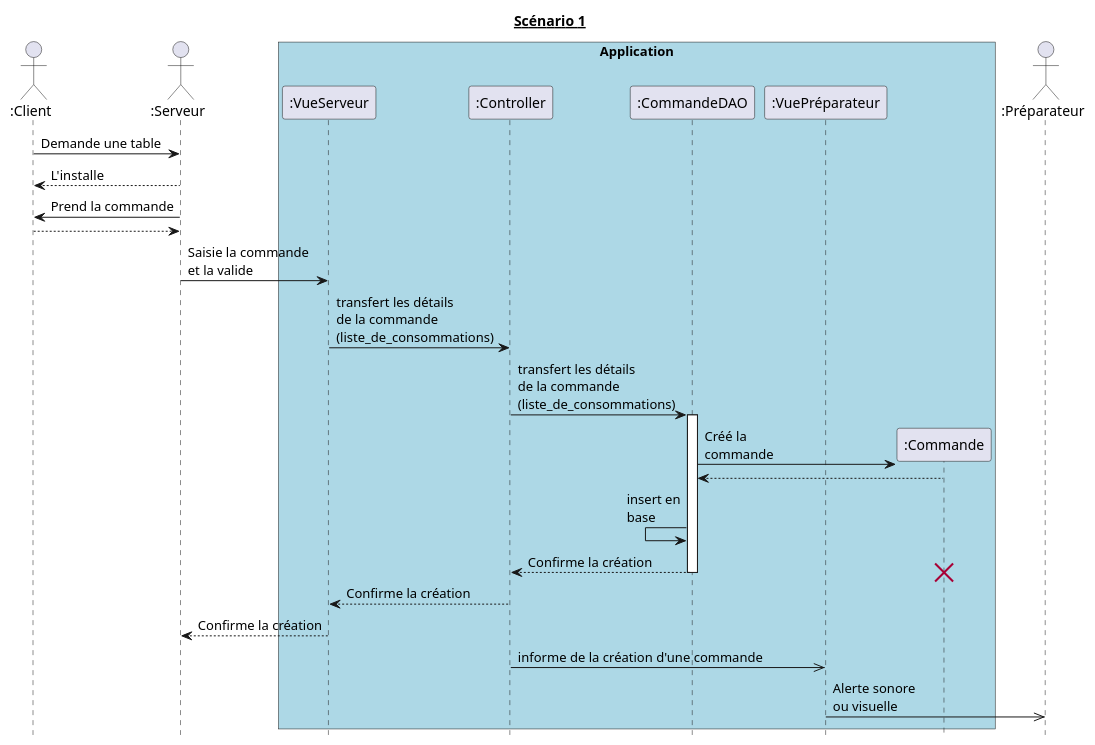
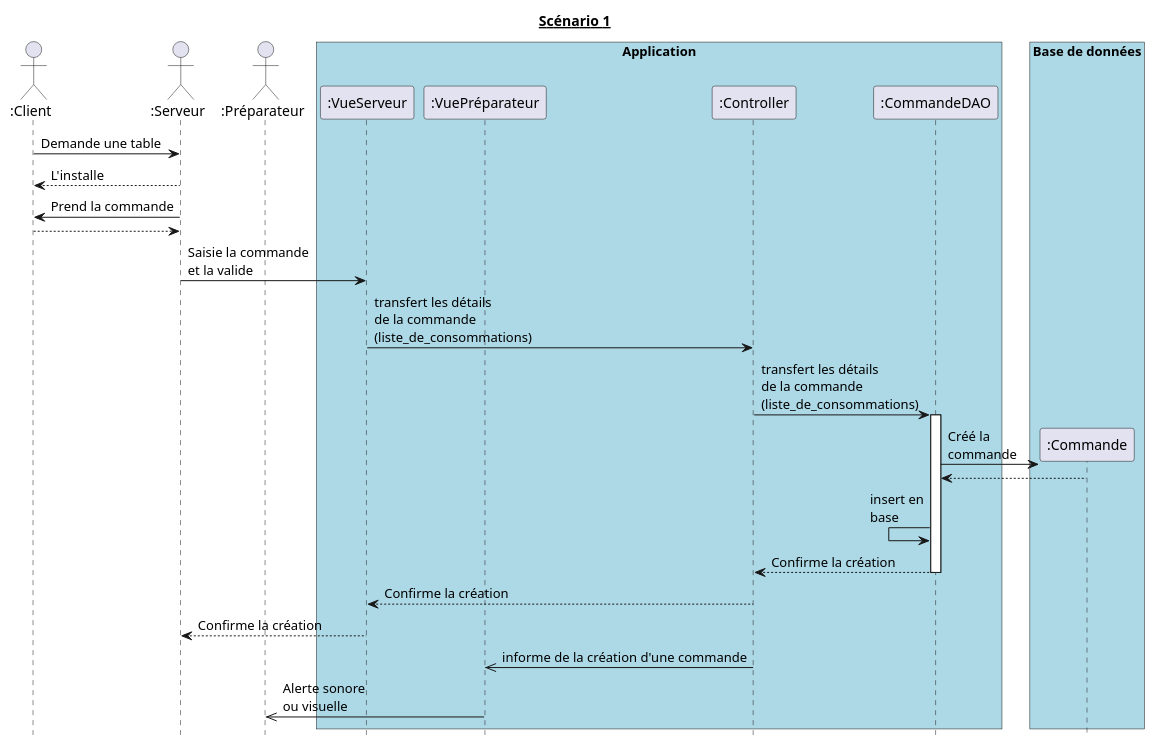
Before and after one commit to hulskenA/GL-Les_seigneurs_du_resto: the diagram in diagrammes_sequences_detailles/dss1.md, drawn with PlantUML. The commit also changed 7 other files, not shown here.

````diff
--- a/diagrammes_sequences_detailles/dss1.md
+++ b/diagrammes_sequences_detailles/dss1.md
@@ -1,46 +1,45 @@
 ```puml
 @startuml
 hide footbox
 title __Scénario 1__
 
 actor ":Client" as Client order 10
 actor ":Serveur" as Serveur order 20
-actor ":Préparateur" as Préparateur order 80
+actor ":Préparateur" as Préparateur order 30
 
 box "Application" #Lightblue
-  participant ":VueServeur" as VueServeur order 30
-  participant ":Controller" as Controller order 40
-  participant ":CommandeDAO" as CommandeDAO order 50
-  participant ":VuePréparateur" as VuePréparateur order 60
-  participant ":Commande" as Commande order 70
+  participant ":VueServeur" as VueServeur order 40
+  participant ":VuePréparateur" as VuePréparateur order 50
+  participant ":Controller" as Controller order 60
+  participant ":CommandeDAO" as CommandeDAO order 70
 endbox
 
 box "Base de données" #Lightblue
+  participant ":Commande" as Commande order 80
 endbox
 
 Client -> Serveur : Demande une table
 Client <-- Serveur : L'installe
 Client <- Serveur : Prend la commande
 Client --> Serveur
 
 Serveur -> VueServeur : Saisie la commande\net la valide
 VueServeur -> Controller : transfert les détails\nde la commande\n(liste_de_consommations)
 Controller -> CommandeDAO : transfert les détails\nde la commande\n(liste_de_consommations)
 
 activate CommandeDAO
   create Commande
   CommandeDAO -> Commande : Créé la\ncommande
   CommandeDAO <-- Commande
   CommandeDAO <- CommandeDAO : insert en\nbase
   CommandeDAO --> Controller : Confirme la création
-  destroy Commande
 deactivate CommandeDAO
 
 Controller --> VueServeur : Confirme la création
 VueServeur --> Serveur : Confirme la création
 
 Controller ->> VuePréparateur : informe de la création d'une commande
 VuePréparateur ->> Préparateur : Alerte sonore\nou visuelle
 
 @enduml
 ```
````
